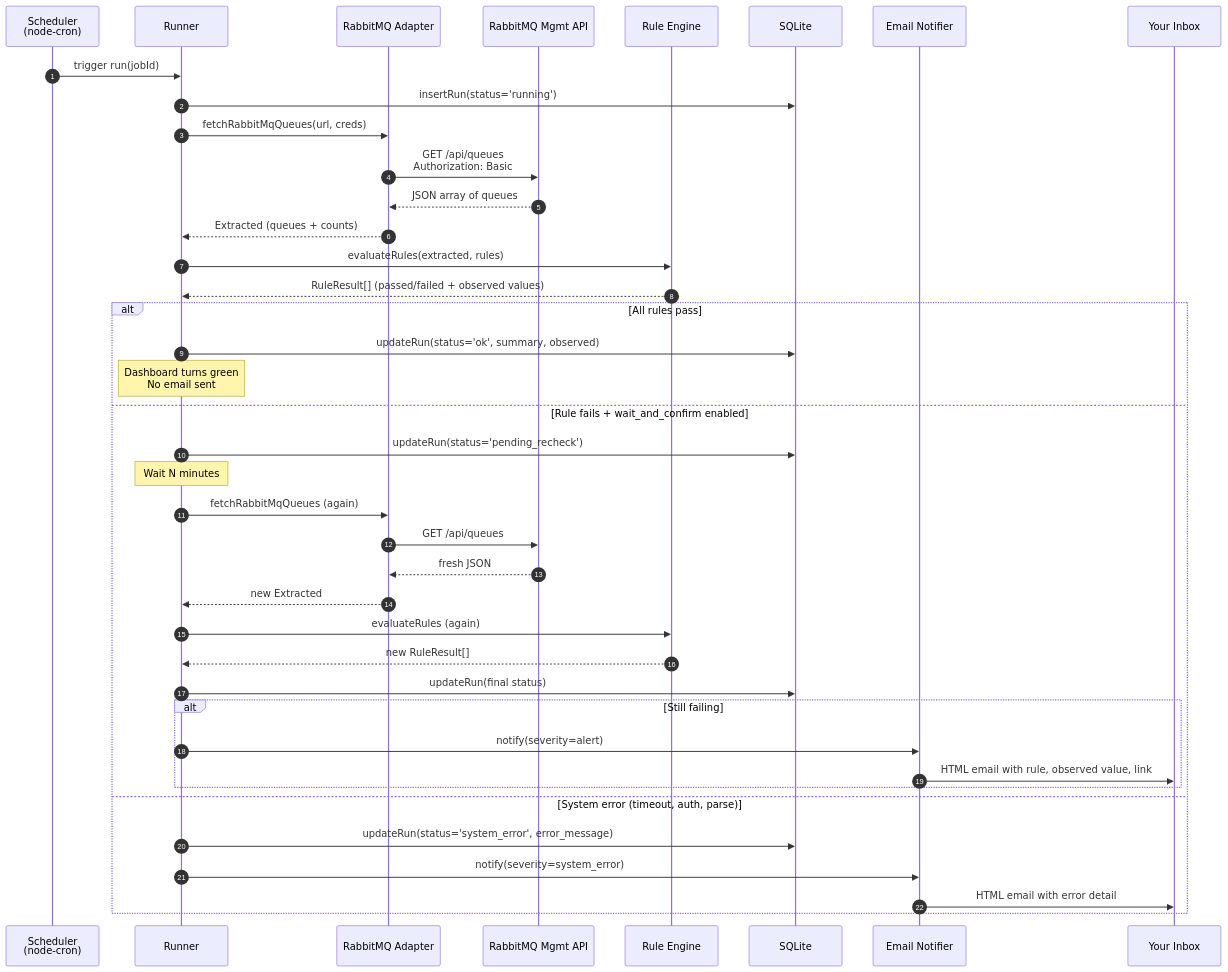
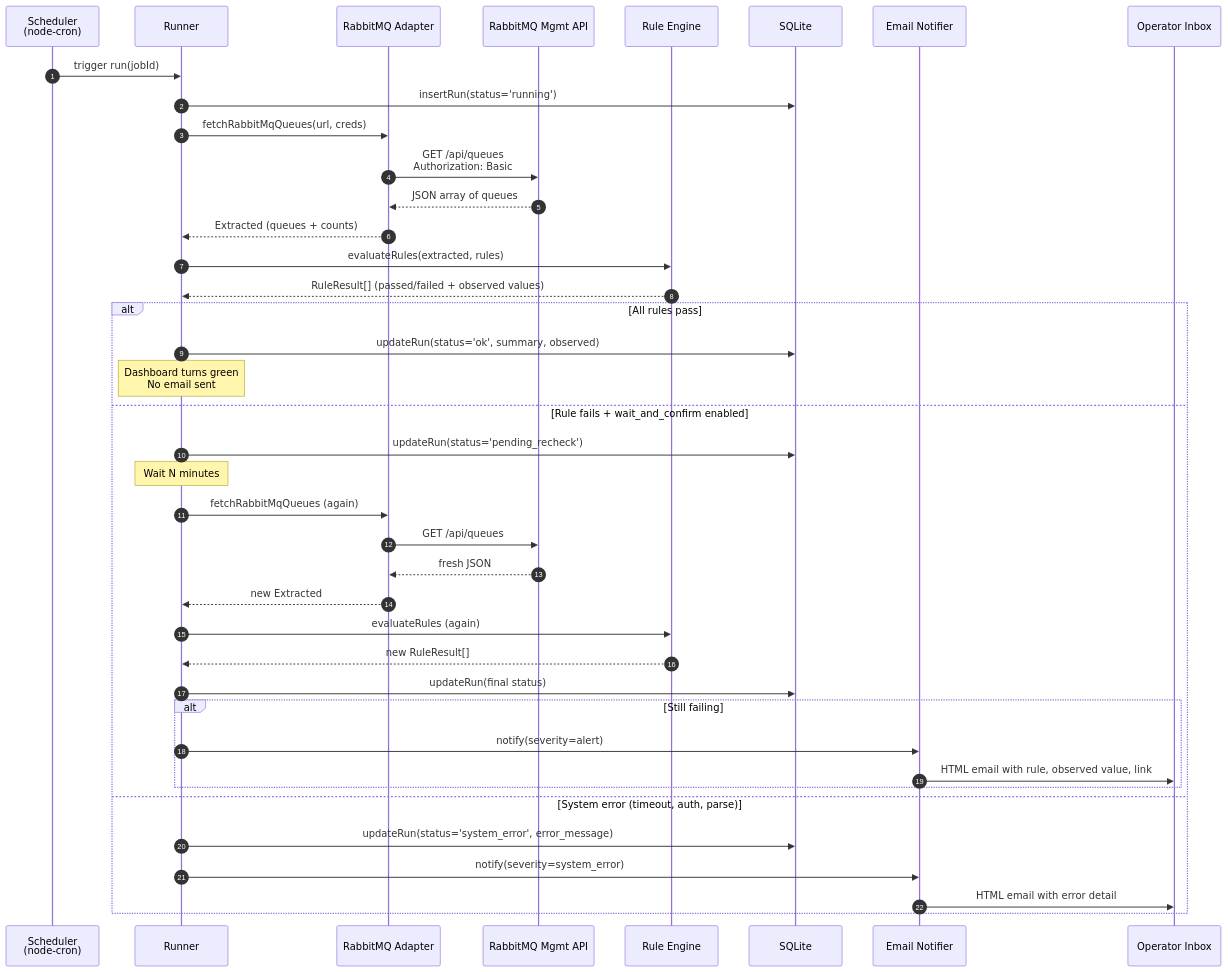
One commit to veerayk1/ops-monitor-node changed the third of 4 diagrams in README.md. Above: the diagram before and after it, drawn with Mermaid. The commit also changed other lines of this file and 2 other files, not shown here.

````diff
--- a/README.md
+++ b/README.md
@@ -249,44 +248,44 @@
 ```mermaid
 sequenceDiagram
     autonumber
     participant Cron as Scheduler<br/>(node-cron)
     participant Runner
     participant Adapter as RabbitMQ Adapter
     participant RMQ as RabbitMQ Mgmt API
     participant Rules as Rule Engine
     participant DB as SQLite
     participant Email as Email Notifier
-    participant Inbox as Your Inbox
+    participant Inbox as Operator Inbox
 
     Cron->>Runner: trigger run(jobId)
     Runner->>DB: insertRun(status='running')
     Runner->>Adapter: fetchRabbitMqQueues(url, creds)
     Adapter->>RMQ: GET /api/queues<br/>Authorization: Basic
     RMQ-->>Adapter: JSON array of queues
     Adapter-->>Runner: Extracted (queues + counts)
     Runner->>Rules: evaluateRules(extracted, rules)
     Rules-->>Runner: RuleResult[] (passed/failed + observed values)
 
     alt All rules pass
         Runner->>DB: updateRun(status='ok', summary, observed)
         Note over Runner: Dashboard turns green<br/>No email sent
     else Rule fails + wait_and_confirm enabled
         Runner->>DB: updateRun(status='pending_recheck')
         Note over Runner: Wait N minutes
         Runner->>Adapter: fetchRabbitMqQueues (again)
         Adapter->>RMQ: GET /api/queues
         RMQ-->>Adapter: fresh JSON
         Adapter-->>Runner: new Extracted
         Runner->>Rules: evaluateRules (again)
         Rules-->>Runner: new RuleResult[]
         Runner->>DB: updateRun(final status)
         alt Still failing
             Runner->>Email: notify(severity=alert)
             Email->>Inbox: HTML email with rule, observed value, link
         end
     else System error (timeout, auth, parse)
         Runner->>DB: updateRun(status='system_error', error_message)
         Runner->>Email: notify(severity=system_error)
         Email->>Inbox: HTML email with error detail
     end
 ```
````
